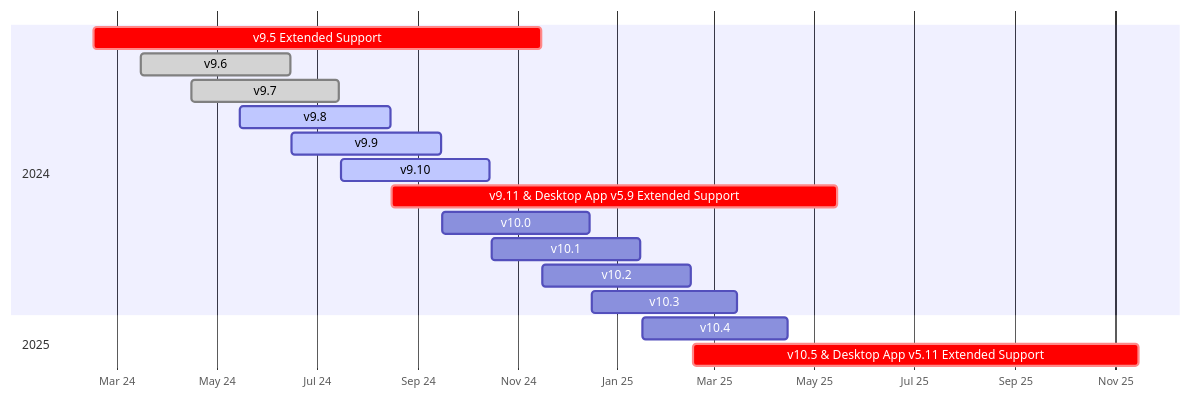
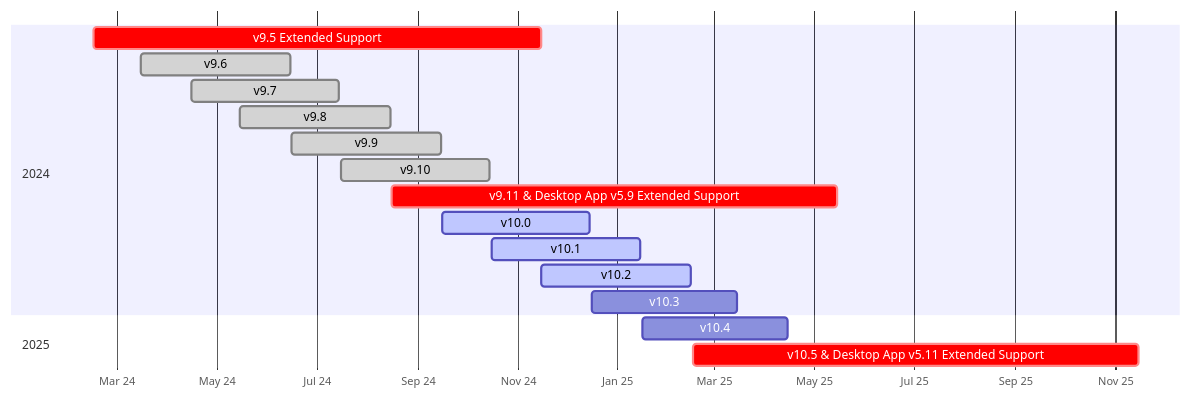
The diagram in source/about/release-policy.md (mattermost/docs), drawn with Mermaid before and after one commit. The commit also changed 11 other files, not shown here.

````diff
--- a/source/about/release-policy.md
+++ b/source/about/release-policy.md
@@ -48,24 +48,24 @@
 ```{mermaid}
 
 gantt
     dateFormat  YYYY-MM-DD
     axisFormat  %b %y
     tickInterval 2month
     
     section 2024
     v9.5 Extended Support  :crit,    2024-02-16, 2024-11-15
     v9.6                   :done,  2024-03-16, 2024-06-15
     v9.7                   :done,  2024-04-16, 2024-07-15
-    v9.8                   :active,  2024-05-15, 2024-08-15
-    v9.9                   :active,  2024-06-16, 2024-09-15
-    v9.10                  :active,  2024-07-16, 2024-10-15
+    v9.8                   :done,  2024-05-15, 2024-08-15
+    v9.9                   :done,  2024-06-16, 2024-09-15
+    v9.10                  :done,  2024-07-16, 2024-10-15
     v9.11 & Desktop App v5.9 Extended Support :crit,    2024-08-16, 2025-05-15
-    v10.0                  :upcoming,    2024-09-16, 2024-12-15
-    v10.1                  :upcoming,    2024-10-16, 2025-01-15
-    v10.2                  :upcoming,    2024-11-16, 2025-02-15
+    v10.0                  :active,    2024-09-16, 2024-12-15
+    v10.1                  :active,    2024-10-16, 2025-01-15
+    v10.2                  :active,    2024-11-15, 2025-02-15
     v10.3                  :upcoming,    2024-12-16, 2025-03-15
 
     section 2025
     v10.4                  :upcoming,    2025-01-16, 2025-04-15
     v10.5 & Desktop App v5.11 Extended Support :crit,    2025-02-16, 2025-11-15
 ```
````
